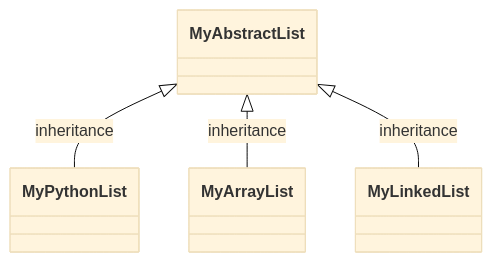
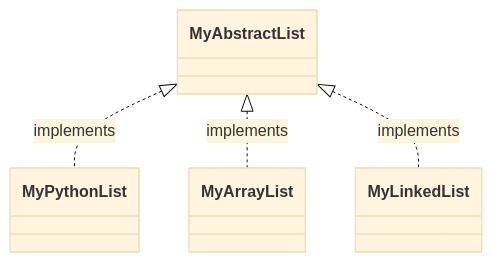
The third of 4 diagrams in docs/06-inheritance/inheritance-abc.md (iamanigeeit/DDW2023), drawn with Mermaid (base theme) before and after one commit. The commit also changed other lines of this file, not shown here.

````diff
--- a/docs/06-inheritance/inheritance-abc.md
+++ b/docs/06-inheritance/inheritance-abc.md
@@ -277,6 +277,6 @@
 ```mermaid
 classDiagram
-    MyAbstractList <|-- MyPythonList : inheritance
-    MyAbstractList <|-- MyArrayList  : inheritance
-    MyAbstractList <|-- MyLinkedList  : inheritance
+    MyAbstractList <|.. MyPythonList : implements
+    MyAbstractList <|.. MyArrayList  : implements
+    MyAbstractList <|.. MyLinkedList  : implements
 ```
````
